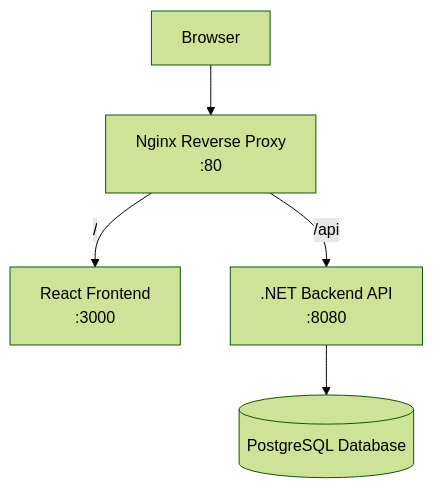
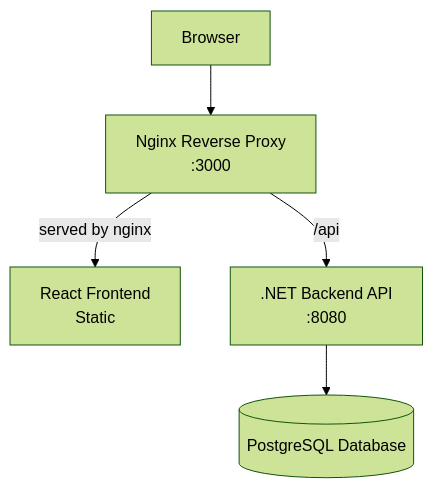
The diagram in README.md (nikolaihg/Experis-Codecool-Team-Project), drawn with Mermaid (forest theme) before and after one commit. The commit also changed other lines of this file and 3 other files, not shown here.

````diff
--- a/README.md
+++ b/README.md
@@ -40,30 +40,30 @@
 ```mermaid
 flowchart TB
 
     %% Client
     User[Browser]
 
     %% Gateway
-    Nginx[Nginx Reverse Proxy<br>:80]
+    Nginx[Nginx Reverse Proxy<br>:3000]
 
     %% Services
-    Frontend[React Frontend<br>:3000]
+    Frontend[React Frontend<br>Static]
     Backend[.NET Backend API<br>:8080]
 
     %% Database
     Postgres[(PostgreSQL Database)]
 
     %% External traffic
     User --> Nginx
 
     %% Routing
-    Nginx -->|"/"| Frontend
+    Nginx -->|"served by nginx"| Frontend
     Nginx -->|"/api"| Backend
 
     %% Internal services
     Backend --> Postgres
 
     class User,Nginx public;
     class Frontend,Backend internal;
     class Postgres db;
 ```
````
